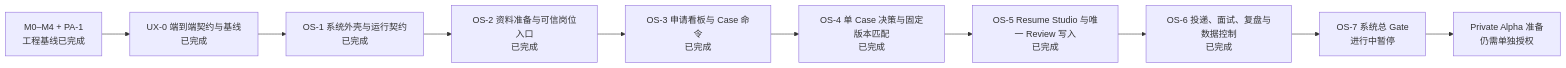
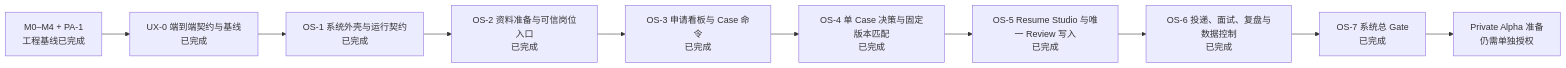
One commit to CodeVoyager21932/Aijob changed the diagram in docs/06-mvp-roadmap.md. Above: the diagram before and after it, drawn with Mermaid. The commit also changed other lines of this file and 12 other files, not shown here.

```diff
--- a/docs/06-mvp-roadmap.md
+++ b/docs/06-mvp-roadmap.md
@@ -52,12 +53,12 @@
 ~~~mermaid
 flowchart LR
     B["M0–M4 + PA-1<br/>工程基线已完成"] --> U0["UX-0 端到端契约与基线<br/>已完成"]
     U0 --> O1["OS-1 系统外壳与运行契约<br/>已完成"]
     O1 --> O2["OS-2 资料准备与可信岗位入口<br/>已完成"]
     O2 --> O3["OS-3 申请看板与 Case 命令<br/>已完成"]
     O3 --> O4["OS-4 单 Case 决策与固定版本匹配<br/>已完成"]
     O4 --> O5["OS-5 Resume Studio 与唯一 Review 写入<br/>已完成"]
     O5 --> O6["OS-6 投递、面试、复盘与数据控制<br/>已完成"]
-    O6 --> O7["OS-7 系统总 Gate<br/>进行中暂停"]
+    O6 --> O7["OS-7 系统总 Gate<br/>已完成"]
     O7 --> P["Private Alpha 准备<br/>仍需单独授权"]
 ~~~
```
